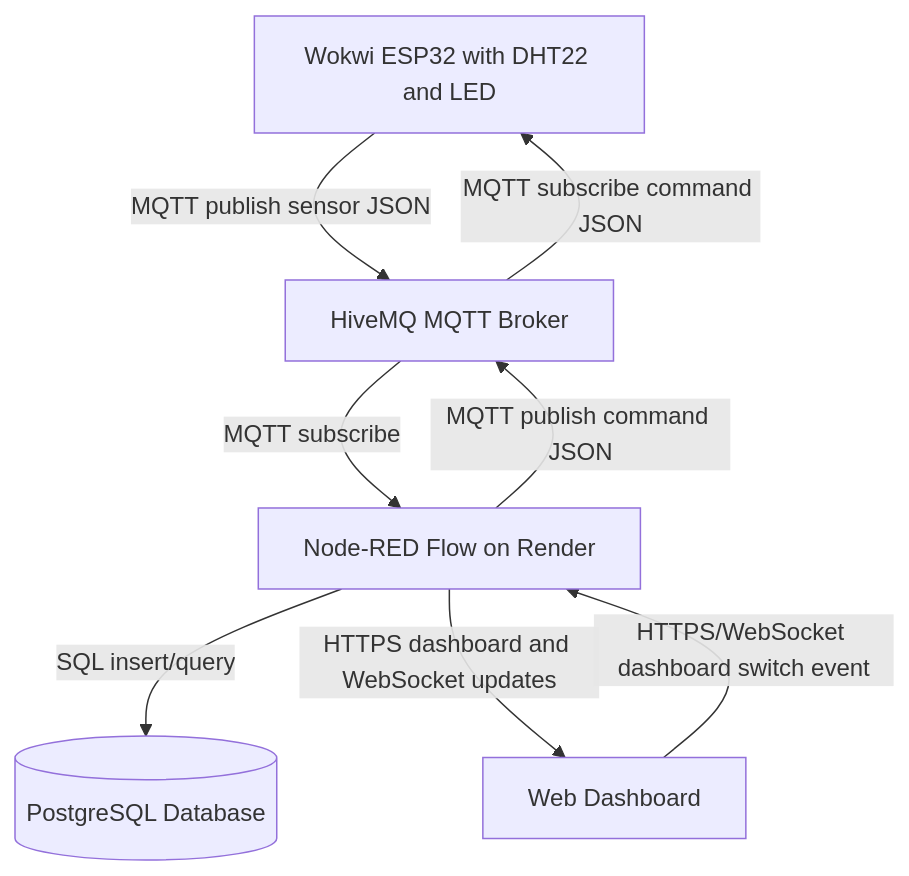
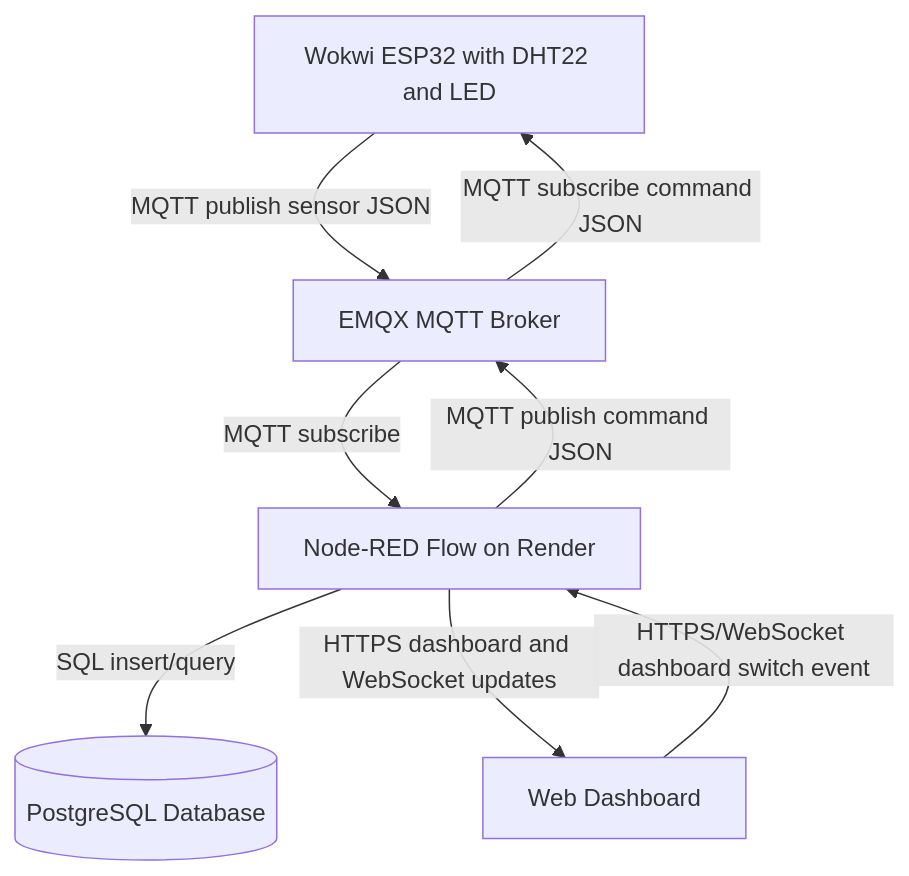
Before and after one commit to theswedishpolyglot/iot-dashboard: the diagram in report.md, drawn with Mermaid. The commit also changed other lines of this file and 3 other files, not shown here.

````diff
--- a/report.md
+++ b/report.md
@@ -18,10 +19,10 @@
 ```mermaid
 flowchart TD
-  A[Wokwi ESP32 with DHT22 and LED] -->|MQTT publish sensor JSON| B[HiveMQ MQTT Broker]
+  A[Wokwi ESP32 with DHT22 and LED] -->|MQTT publish sensor JSON| B[EMQX MQTT Broker]
   B -->|MQTT subscribe| C[Node-RED Flow on Render]
   C -->|SQL insert/query| D[(PostgreSQL Database)]
   C -->|HTTPS dashboard and WebSocket updates| E[Web Dashboard]
   E -->|HTTPS/WebSocket dashboard switch event| C
   C -->|MQTT publish command JSON| B
   B -->|MQTT subscribe command JSON| A
 ```
````
